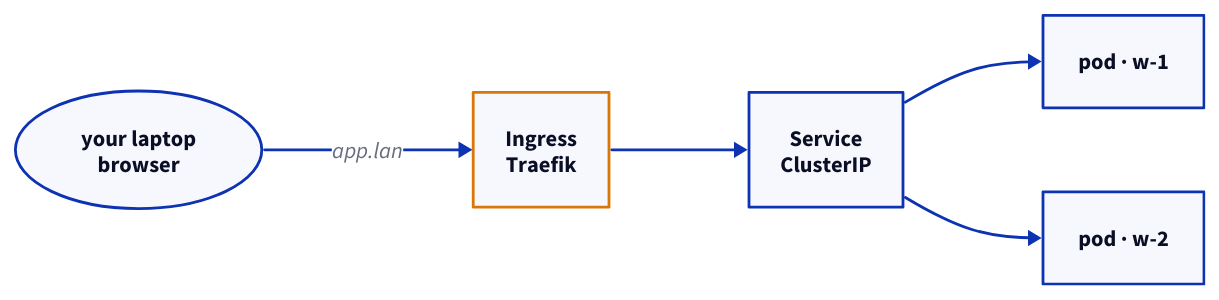
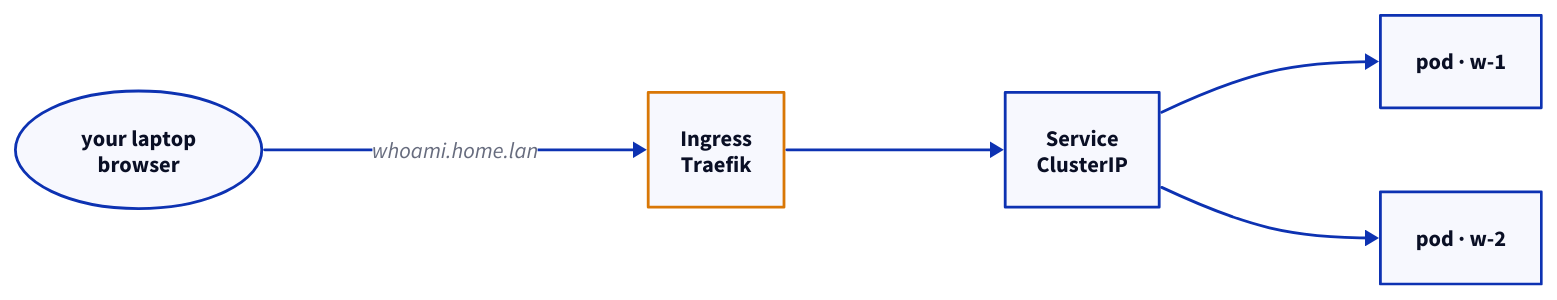
The fourth of 4 diagrams in courses/proxmox-k8s-homelab-go.md (michael-duren/rubber-duck), drawn with D2 before and after one commit. The commit also changed other lines of this file and 29 other files, not shown here.

````diff
--- a/courses/proxmox-k8s-homelab-go.md
+++ b/courses/proxmox-k8s-homelab-go.md
@@ -1474,12 +1484,12 @@
 ```d2
 direction: right
 client: "your laptop\nbrowser" {shape: oval}
 ing: "Ingress\nTraefik" {style.stroke: "#d97706"; style.stroke-width: 2}
 svc: "Service\nClusterIP"
 p1: "pod · w-1"
 p2: "pod · w-2"
-client -> ing: "app.lan"
+client -> ing: "whoami.home.lan"
 ing -> svc
 svc -> p1
 svc -> p2
 ```
````
